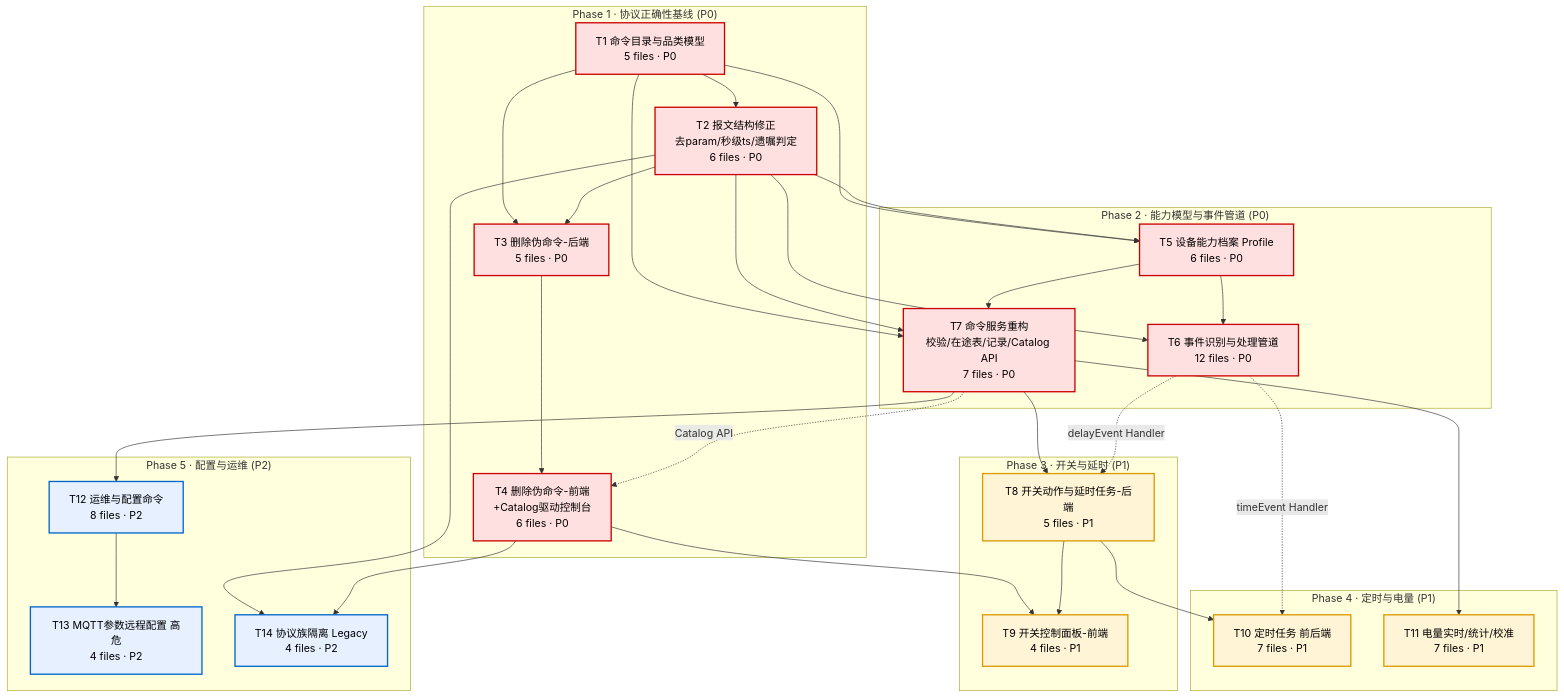
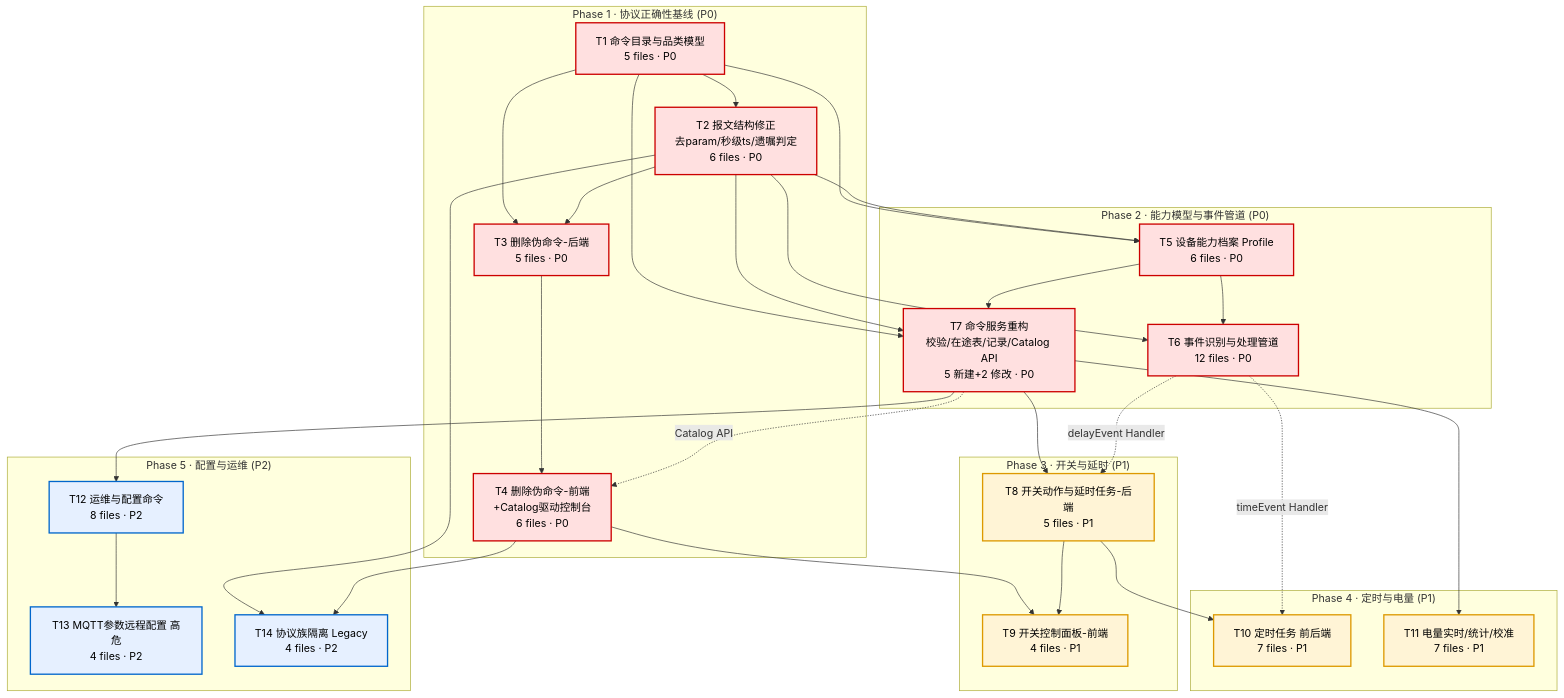
Before and after one commit to Hunterting/IoTPlatform: the fourth of 4 diagrams in .workbuddy/design/ansheng-open-redesign.md, drawn with Mermaid. The commit also changed other lines of this file and 68 other files, not shown here.

````diff
--- a/.workbuddy/design/ansheng-open-redesign.md
+++ b/.workbuddy/design/ansheng-open-redesign.md
@@ -1963,67 +1976,67 @@
 ```mermaid
 graph TD
     subgraph P1["Phase 1 · 协议正确性基线 (P0)"]
         T1["T1 命令目录与品类模型<br/>5 files · P0"]
         T2["T2 报文结构修正<br/>去param/秒级ts/遗嘱判定<br/>6 files · P0"]
         T3["T3 删除伪命令-后端<br/>5 files · P0"]
         T4["T4 删除伪命令-前端<br/>+Catalog驱动控制台<br/>6 files · P0"]
     end
 
     subgraph P2["Phase 2 · 能力模型与事件管道 (P0)"]
         T5["T5 设备能力档案 Profile<br/>6 files · P0"]
         T6["T6 事件识别与处理管道<br/>12 files · P0"]
-        T7["T7 命令服务重构<br/>校验/在途表/记录/Catalog API<br/>7 files · P0"]
+        T7["T7 命令服务重构<br/>校验/在途表/记录/Catalog API<br/>5 新建+2 修改 · P0"]
     end
 
     subgraph P3["Phase 3 · 开关与延时 (P1)"]
         T8["T8 开关动作与延时任务-后端<br/>5 files · P1"]
         T9["T9 开关控制面板-前端<br/>4 files · P1"]
     end
 
     subgraph P4["Phase 4 · 定时与电量 (P1)"]
         T10["T10 定时任务 前后端<br/>7 files · P1"]
         T11["T11 电量实时/统计/校准<br/>7 files · P1"]
     end
 
     subgraph P5["Phase 5 · 配置与运维 (P2)"]
         T12["T12 运维与配置命令<br/>8 files · P2"]
         T13["T13 MQTT参数远程配置 高危<br/>4 files · P2"]
         T14["T14 协议族隔离 Legacy<br/>4 files · P2"]
     end
 
     T1 --> T2
     T1 --> T3
     T2 --> T3
     T3 --> T4
     T7 -.Catalog API.-> T4
 
     T1 --> T5
     T2 --> T5
     T2 --> T6
     T5 --> T6
     T1 --> T7
     T2 --> T7
     T5 --> T7
 
     T7 --> T8
     T6 -.delayEvent Handler.-> T8
     T4 --> T9
     T8 --> T9
 
     T8 --> T10
     T6 -.timeEvent Handler.-> T10
     T7 --> T11
 
     T7 --> T12
     T12 --> T13
     T2 --> T14
     T4 --> T14
 
     classDef p0 fill:#ffe0e0,stroke:#c00,stroke-width:2px,color:#000
     classDef p1 fill:#fff4d6,stroke:#d90,stroke-width:2px,color:#000
     classDef p2 fill:#e6f0ff,stroke:#06c,stroke-width:2px,color:#000
 
     class T1,T2,T3,T4,T5,T6,T7 p0
     class T8,T9,T10,T11 p1
     class T12,T13,T14 p2
 ```
````
